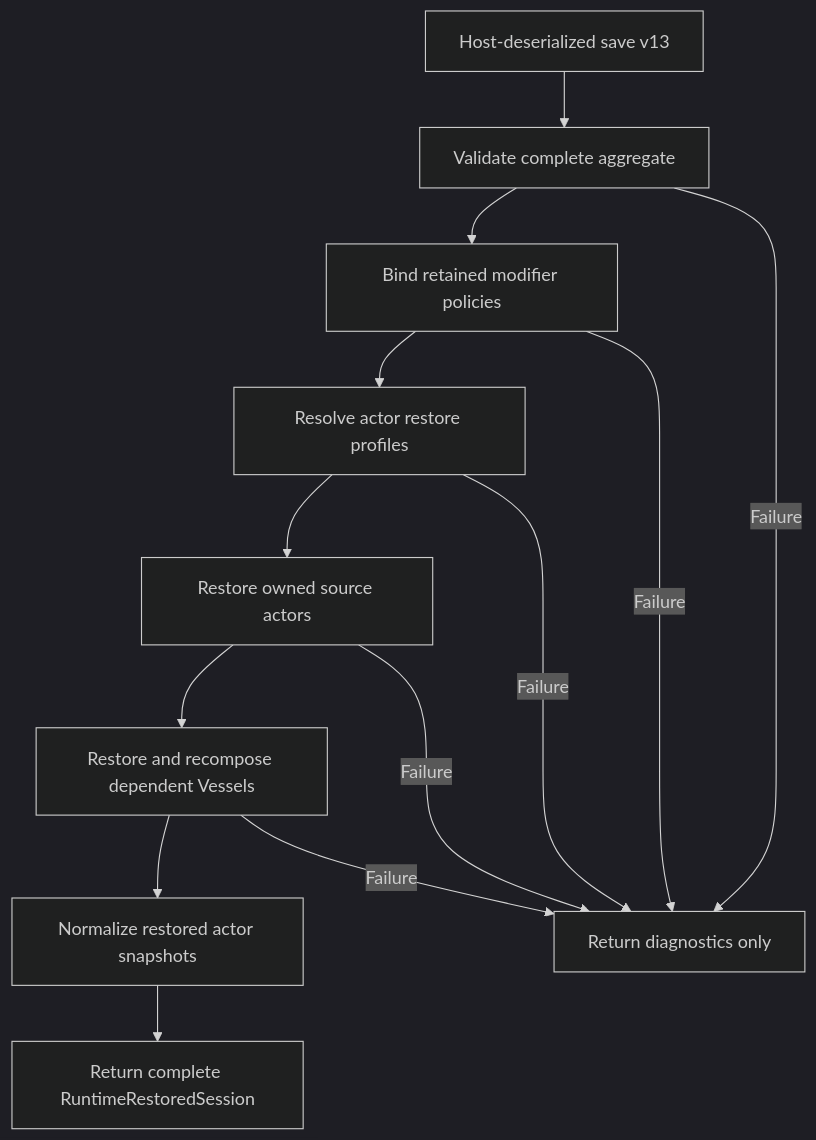
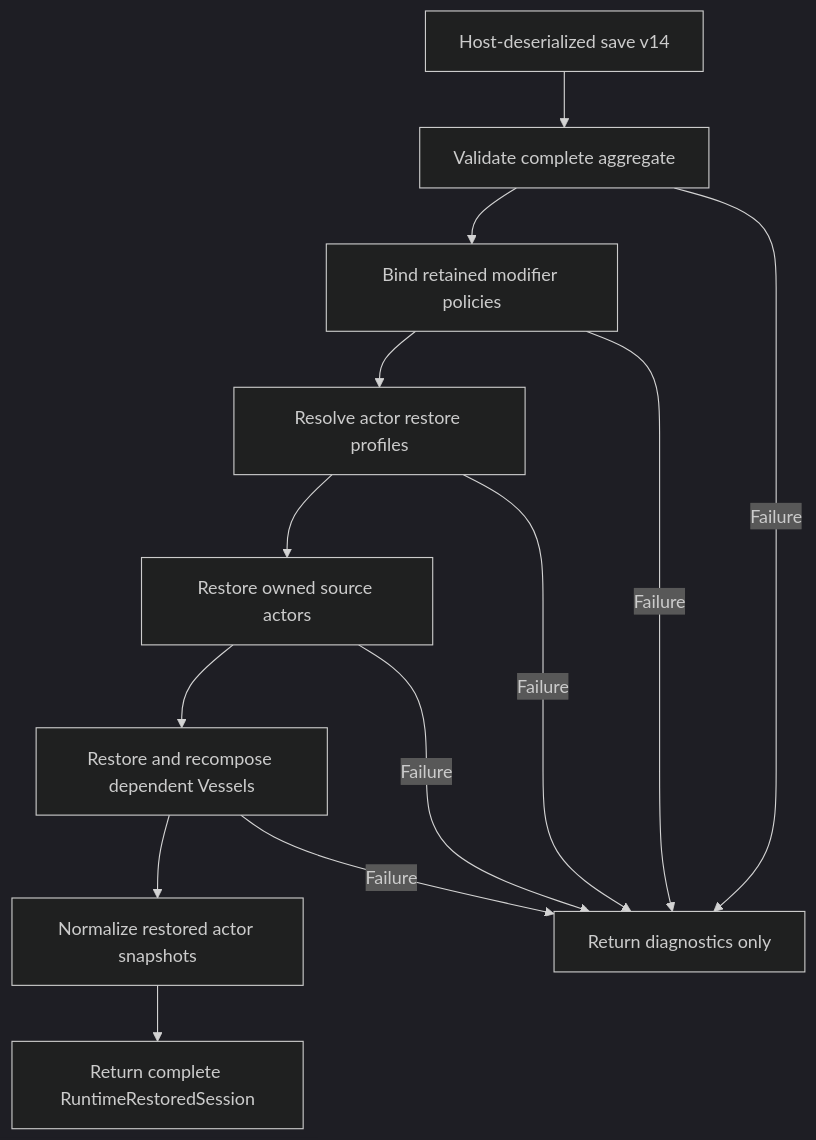
One commit to KayelC/Convergence changed the fifth of 5 diagrams in docs/developer-guide/actors-and-runtime-state.md. Above: the diagram before and after it, drawn with Mermaid (dark theme). The commit also changed other lines of this file and 40 other files, not shown here.

````diff
--- a/docs/developer-guide/actors-and-runtime-state.md
+++ b/docs/developer-guide/actors-and-runtime-state.md
@@ -344,15 +344,15 @@
 ```mermaid
 flowchart TD
-    Save["Host-deserialized save v13"] --> Validate["Validate complete aggregate"]
+    Save["Host-deserialized save v14"] --> Validate["Validate complete aggregate"]
     Validate --> Modifiers["Bind retained modifier policies"]
     Modifiers --> Profiles["Resolve actor restore profiles"]
     Profiles --> Sources["Restore owned source actors"]
     Sources --> Vessels["Restore and recompose dependent Vessels"]
     Vessels --> Normalize["Normalize restored actor snapshots"]
     Normalize --> Session["Return complete RuntimeRestoredSession"]
     Validate -->|Failure| Reject["Return diagnostics only"]
     Modifiers -->|Failure| Reject
     Profiles -->|Failure| Reject
     Sources -->|Failure| Reject
     Vessels -->|Failure| Reject
 ```
````
